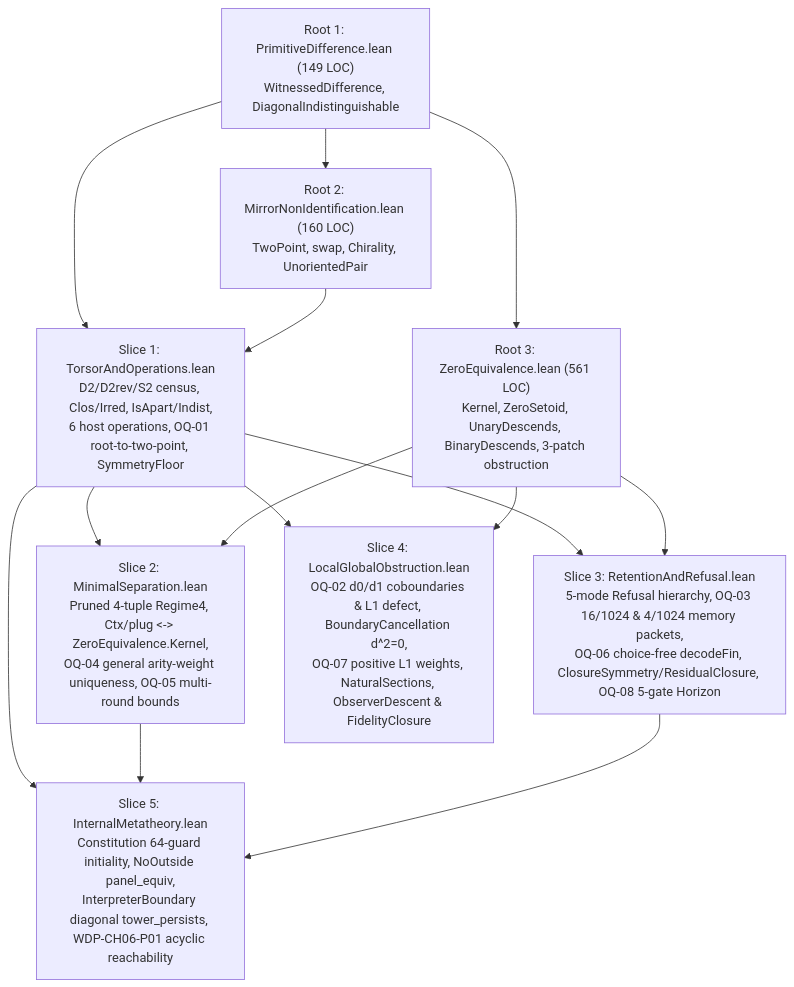
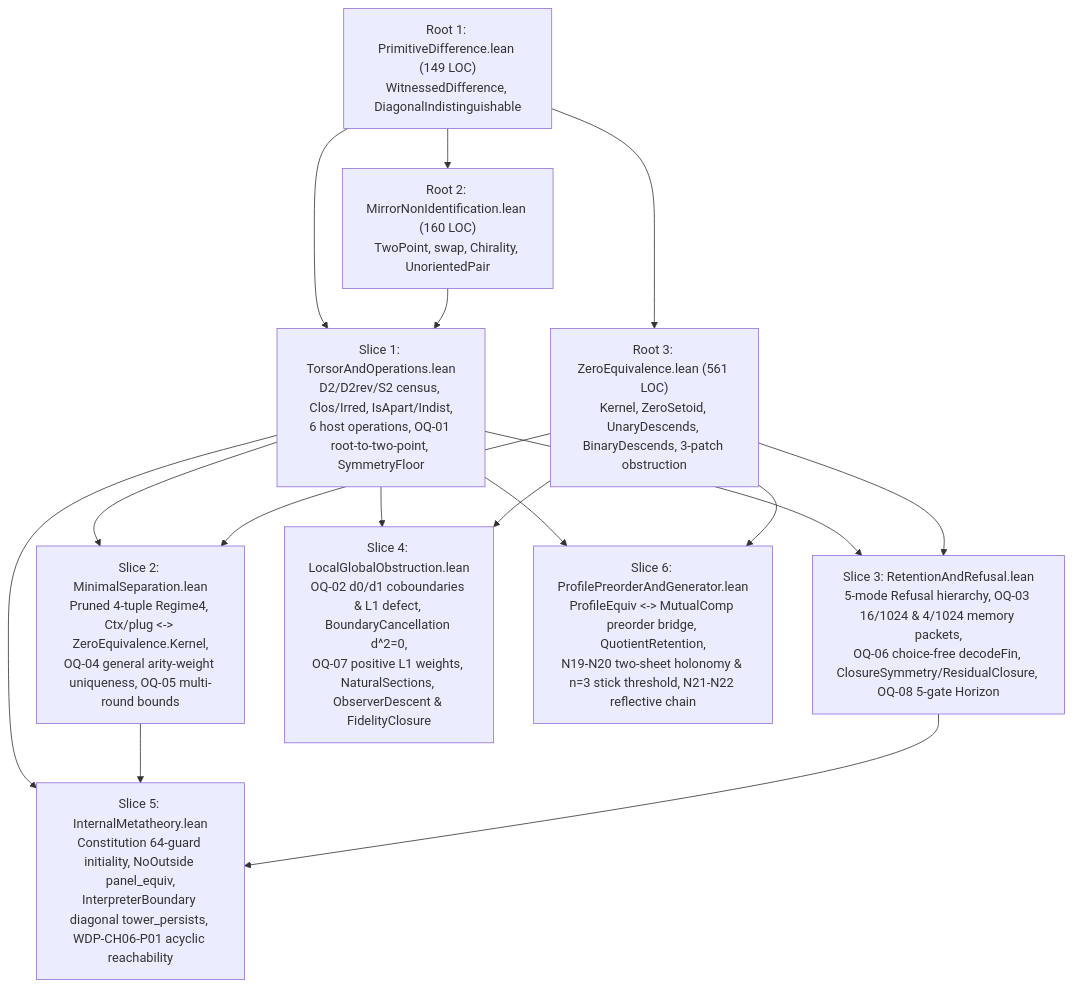
One commit to dbccpage/omega_codex changed the diagram in audit/2026-11-05_minimal_chain/12_post_seal_adversary_and_roadmap.md. Above: the diagram before and after it, drawn with Mermaid. The commit also changed other lines of this file and 6 other files, not shown here.

Commit message:
refactor(lean,tests,dag): eliminate omega axioms from stick reflection theorems and add DER-25 mutation tests

````diff
--- a/audit/2026-11-05_minimal_chain/12_post_seal_adversary_and_roadmap.md
+++ b/audit/2026-11-05_minimal_chain/12_post_seal_adversary_and_roadmap.md
@@ -311,26 +311,29 @@
 ```mermaid
 flowchart TD
   PD["Root 1: PrimitiveDifference.lean (149 LOC)<br/>WitnessedDifference, DiagonalIndistinguishable"]
   MN["Root 2: MirrorNonIdentification.lean (160 LOC)<br/>TwoPoint, swap, Chirality, UnorientedPair"]
   ZE["Root 3: ZeroEquivalence.lean (561 LOC)<br/>Kernel, ZeroSetoid, UnaryDescends, BinaryDescends, 3-patch obstruction"]
 
   S1["Slice 1: TorsorAndOperations.lean<br/>D2/D2rev/S2 census, Clos/Irred, IsApart/Indist,<br/>6 host operations, OQ-01 root-to-two-point, SymmetryFloor"]
   S2["Slice 2: MinimalSeparation.lean<br/>Pruned 4-tuple Regime4, Ctx/plug <-> ZeroEquivalence.Kernel,<br/>OQ-04 general arity-weight uniqueness, OQ-05 multi-round bounds"]
   S3["Slice 3: RetentionAndRefusal.lean<br/>5-mode Refusal hierarchy, OQ-03 16/1024 & 4/1024 memory packets,<br/>OQ-06 choice-free decodeFin, ClosureSymmetry/ResidualClosure, OQ-08 5-gate Horizon"]
   S4["Slice 4: LocalGlobalObstruction.lean<br/>OQ-02 d0/d1 coboundaries & L1 defect, BoundaryCancellation d^2=0,<br/>OQ-07 positive L1 weights, NaturalSections, ObserverDescent & FidelityClosure"]
   S5["Slice 5: InternalMetatheory.lean<br/>Constitution 64-guard initiality, NoOutside panel_equiv,<br/>InterpreterBoundary diagonal tower_persists, WDP-CH06-P01 acyclic reachability"]
+  S6["Slice 6: ProfilePreorderAndGenerator.lean<br/>ProfileEquiv <-> MutualComp preorder bridge, QuotientRetention,<br/>N19-N20 two-sheet holonomy & n=3 stick threshold, N21-N22 reflective chain"]
 
   PD --> MN
   PD --> ZE
   PD --> S1
   MN --> S1
   S1 --> S2
   ZE --> S2
   S1 --> S3
   ZE --> S3
   S1 --> S4
   ZE --> S4
   S1 --> S5
   S2 --> S5
   S3 --> S5
+  S1 --> S6
+  ZE --> S6
 ```
````
